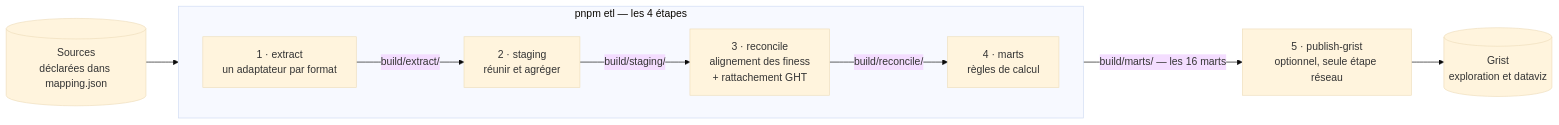
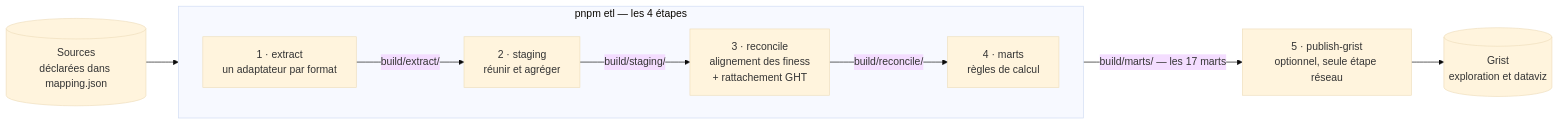
One commit to betagouv/transport-sanitaire changed the diagram in apps/data-analyzer/README.md. Above: the diagram before and after it, drawn with Mermaid (base theme). The commit also changed other lines of this file and 6 other files, not shown here.

````diff
--- a/apps/data-analyzer/README.md
+++ b/apps/data-analyzer/README.md
@@ -19,19 +19,19 @@
 ```mermaid
 flowchart LR
     SRC[("Sources<br/>déclarées dans mapping.json")]
 
     subgraph ETL["pnpm etl — les 4 étapes"]
         direction LR
         E["1 · extract<br/>un adaptateur par format"]
         S["2 · staging<br/>réunir et agréger"]
         R["3 · reconcile<br/>alignement des finess<br/>+ rattachement GHT"]
         M["4 · marts<br/>règles de calcul"]
         E -->|"build/extract/"| S -->|"build/staging/"| R -->|"build/reconcile/"| M
     end
 
     P["5 · publish-grist<br/>optionnel, seule étape réseau"]
     G[("Grist<br/>exploration et dataviz")]
 
     SRC --> E
-    M -->|"build/marts/ — les 16 marts"| P --> G
+    M -->|"build/marts/ — les 17 marts"| P --> G
 ```
````
